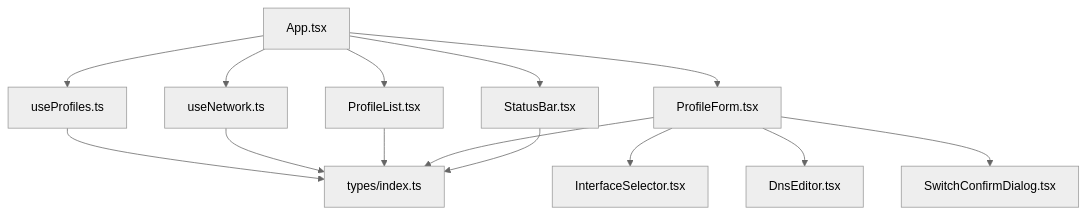
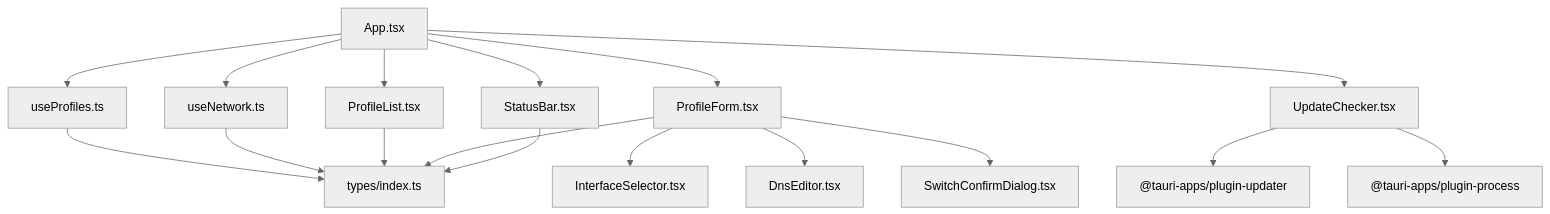
One commit to xdongliang/IPSwitcher changed the eighth of 8 diagrams in .qoder/repowiki/zh/content/前端开发指南/前端开发指南.md. Above: the diagram before and after it, drawn with Mermaid (neutral theme). The commit also changed other lines of this file and 7 other files, not shown here.

````diff
--- a/.qoder/repowiki/zh/content/前端开发指南/前端开发指南.md
+++ b/.qoder/repowiki/zh/content/前端开发指南/前端开发指南.md
@@ -312,16 +360,19 @@
 ```mermaid
 graph TB
 App["App.tsx"] --> UP["useProfiles.ts"]
 App --> UN["useNetwork.ts"]
 App --> PL["ProfileList.tsx"]
 App --> PF["ProfileForm.tsx"]
 App --> SB["StatusBar.tsx"]
+App --> UC["UpdateChecker.tsx"]
 PF --> IS["InterfaceSelector.tsx"]
 PF --> DE["DnsEditor.tsx"]
 PF --> SCD["SwitchConfirmDialog.tsx"]
 UP --> Types["types/index.ts"]
 UN --> Types
 PL --> Types
 PF --> Types
 SB --> Types
+UC --> Updater["@tauri-apps/plugin-updater"]
+UC --> Process["@tauri-apps/plugin-process"]
 ```
````
